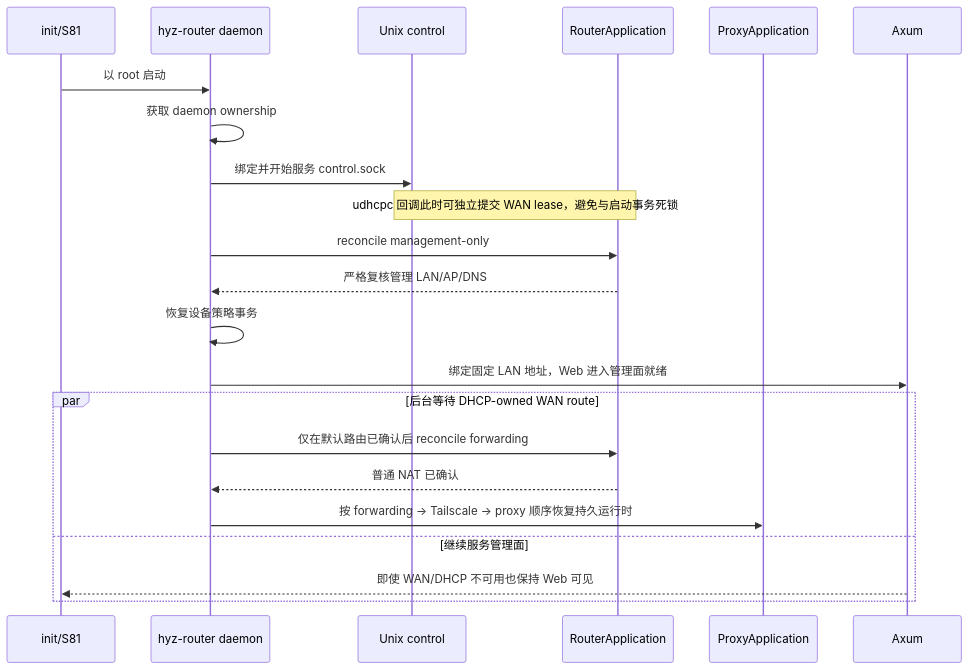
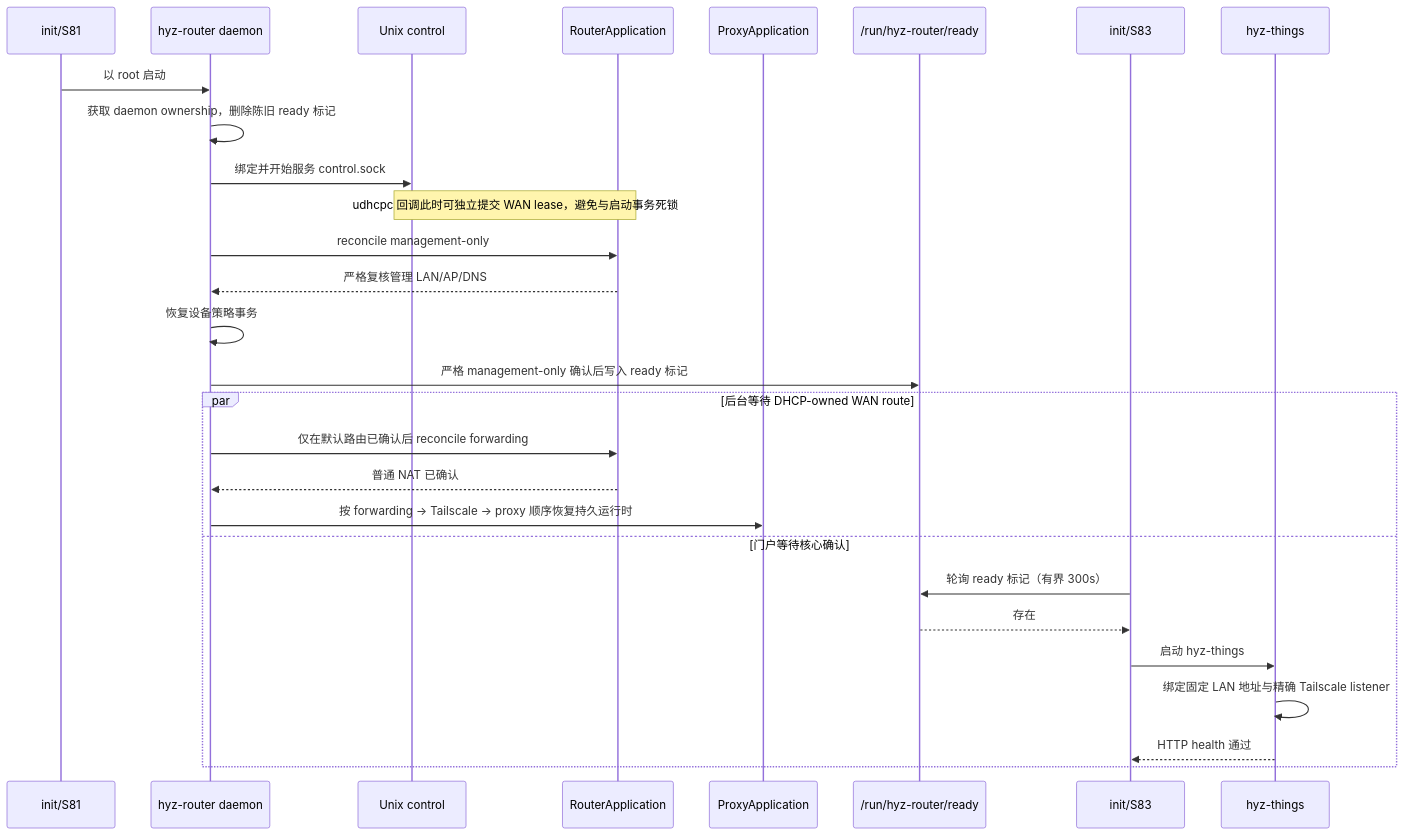
One commit to hyz-rk3568-sdk/hyz-things changed the third of 3 diagrams in docs/router.md. Above: the diagram before and after it, drawn with Mermaid. The commit also changed other lines of this file and 2 other files, not shown here.

````diff
--- a/docs/router.md
+++ b/docs/router.md
@@ -156,25 +190,31 @@
 ```mermaid
 sequenceDiagram
-    participant Init as init/S81
+    participant InitR as init/S81
     participant Daemon as hyz-router daemon
     participant Control as Unix control
     participant Network as RouterApplication
     participant Proxy as ProxyApplication
-    participant HTTP as Axum
+    participant Marker as /run/hyz-router/ready
+    participant InitT as init/S83
+    participant Portal as hyz-things
 
-    Init->>Daemon: 以 root 启动
-    Daemon->>Daemon: 获取 daemon ownership
+    InitR->>Daemon: 以 root 启动
+    Daemon->>Daemon: 获取 daemon ownership，删除陈旧 ready 标记
     Daemon->>Control: 绑定并开始服务 control.sock
     Note over Control,Network: udhcpc 回调此时可独立提交 WAN lease，避免与启动事务死锁
     Daemon->>Network: reconcile management-only
     Network-->>Daemon: 严格复核管理 LAN/AP/DNS
     Daemon->>Daemon: 恢复设备策略事务
-    Daemon->>HTTP: 绑定固定 LAN 地址，Web 进入管理面就绪
+    Daemon->>Marker: 严格 management-only 确认后写入 ready 标记
     par 后台等待 DHCP-owned WAN route
         Daemon->>Network: 仅在默认路由已确认后 reconcile forwarding
         Network-->>Daemon: 普通 NAT 已确认
         Daemon->>Proxy: 按 forwarding → Tailscale → proxy 顺序恢复持久运行时
-    and 继续服务管理面
-        HTTP-->>Init: 即使 WAN/DHCP 不可用也保持 Web 可见
+    and 门户等待核心确认
+        InitT->>Marker: 轮询 ready 标记（有界 300s）
+        Marker-->>InitT: 存在
+        InitT->>Portal: 启动 hyz-things
+        Portal->>Portal: 绑定固定 LAN 地址与精确 Tailscale listener
+        Portal-->>InitT: HTTP health 通过
     end
 ```
````
